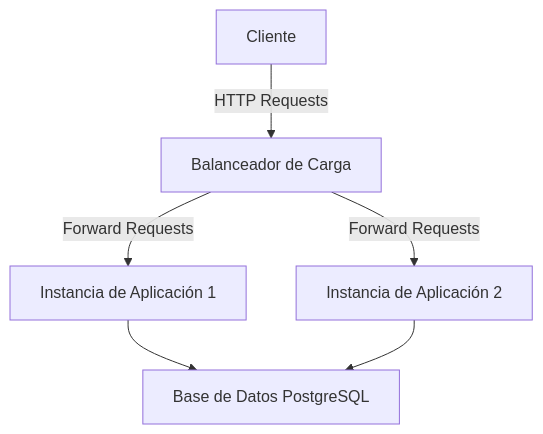
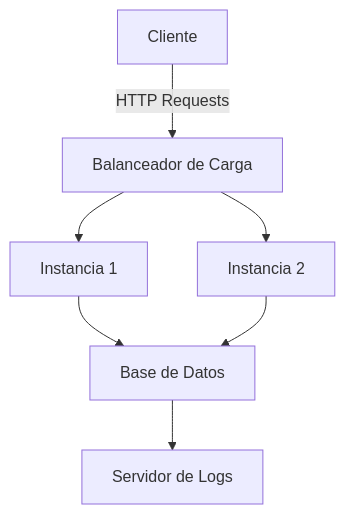
Before and after one commit to Diplomatictw0/repo-logs: the first of 2 diagrams in README.md, drawn with Mermaid. The commit also changed other lines of this file, not shown here.

````diff
--- a/README.md
+++ b/README.md
@@ -37,8 +45,9 @@
 ```mermaid
 graph TD;
-    A[Cliente] -->|HTTP Requests| B[Balanceador de Carga]
-    B -->|Forward Requests| C[Instancia de Aplicación 1]
-    B -->|Forward Requests| D[Instancia de Aplicación 2]
-    C --> E[Base de Datos PostgreSQL]
-    D --> E
+    A[Cliente] -->|HTTP Requests| B[Balanceador de Carga];
+    B --> C[Instancia 1];
+    B --> D[Instancia 2];
+    C --> E[Base de Datos];
+    D --> E;
+    E --> F[Servidor de Logs];
 ```
````
